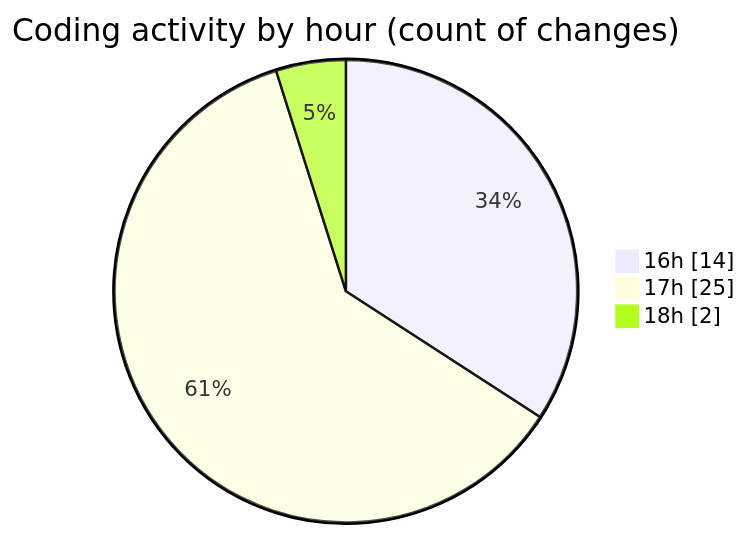
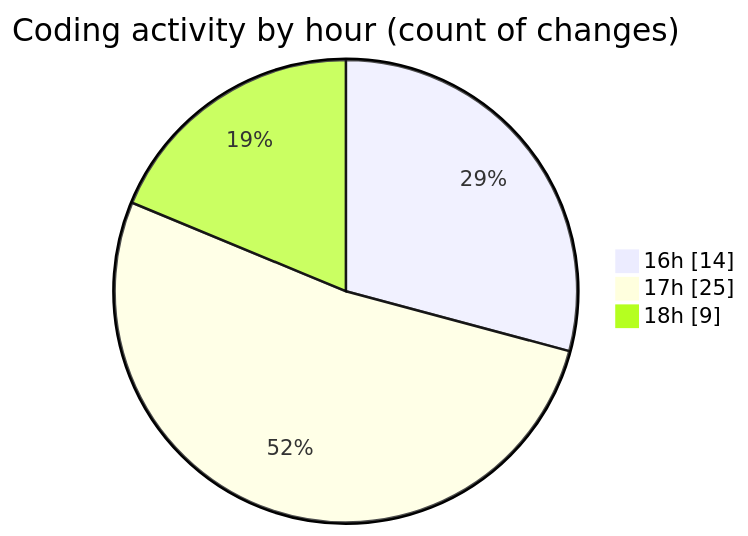
One commit to debugP/code-tracking changed the second of 2 diagrams in 2026-10-20/untitled__workspace_/README.md. Above: the diagram before and after it, drawn with Mermaid. The commit also changed other lines of this file and 1 other file, not shown here.

````diff
--- a/2026-10-20/untitled__workspace_/README.md
+++ b/2026-10-20/untitled__workspace_/README.md
@@ -30,7 +30,7 @@
 ```mermaid
 pie showData
 title Coding activity by hour (count of changes)
 "16h" : 14
 "17h" : 25
-"18h" : 2
+"18h" : 9
 ```
````
